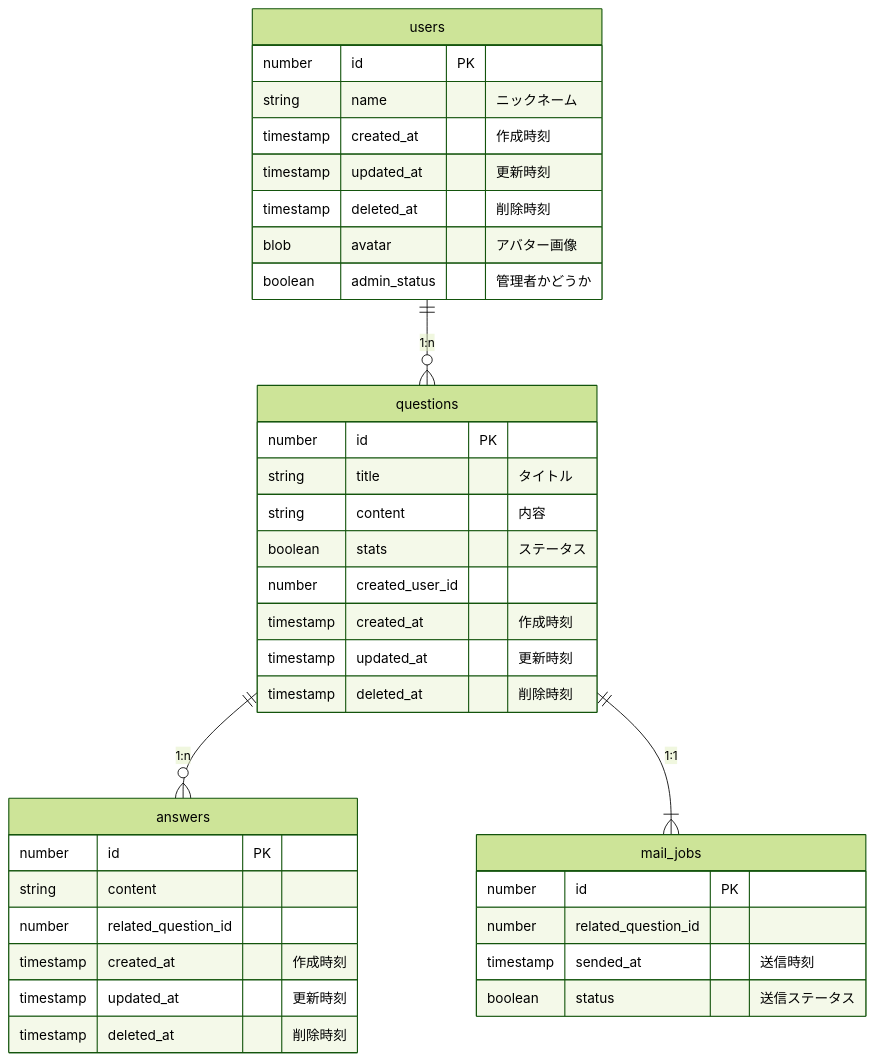
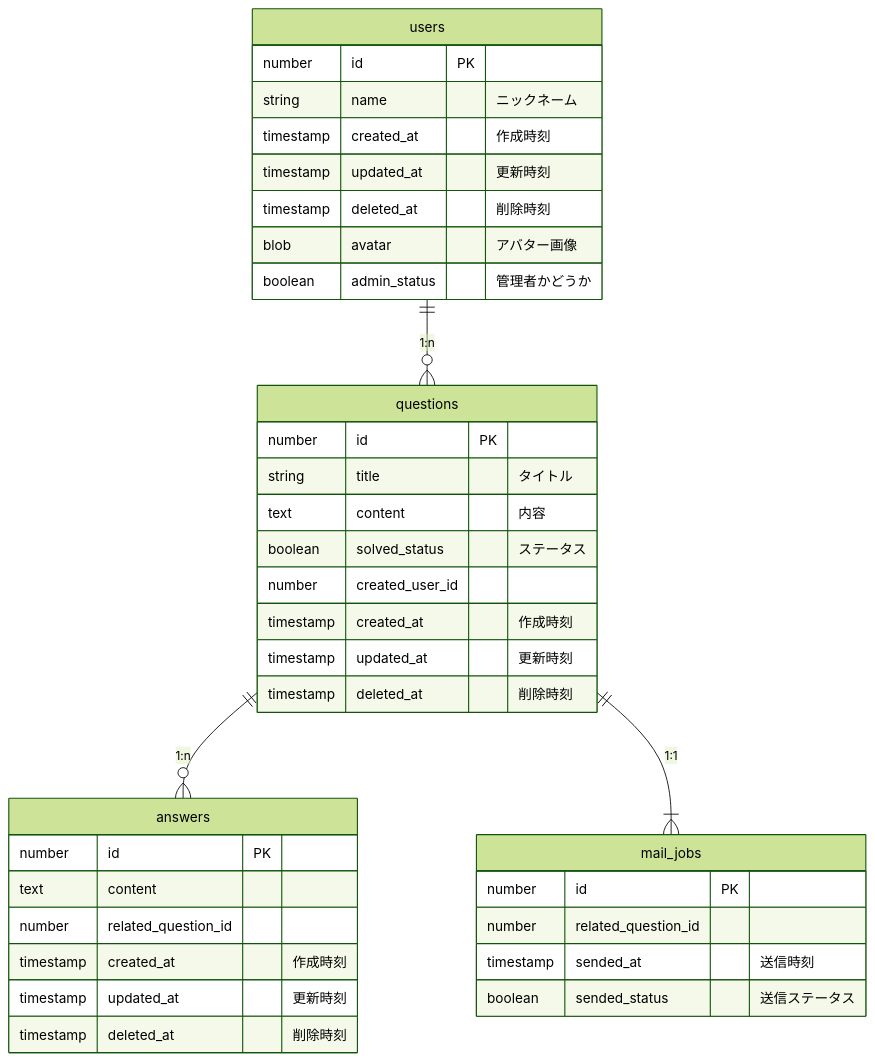
Before and after one commit to DaichiSaito/rails_practice_for_beginner_template: the diagram in README.md, drawn with Mermaid (forest theme).

Commit message:
📝 型とtypoを修正

````diff
--- a/README.md
+++ b/README.md
@@ -19,45 +19,45 @@
 ```mermaid
 erDiagram
 users ||--o{ questions: "1:n"
 questions ||--o{ answers: "1:n"
 questions ||--|{ mail_jobs: "1:1"
 
 users {
   number id PK
   string name "ニックネーム"
   timestamp created_at "作成時刻"
   timestamp updated_at "更新時刻"
   timestamp deleted_at "削除時刻"
   blob avatar "アバター画像"
   boolean admin_status "管理者かどうか"
 }
 
 questions{
   number id PK
   string title "タイトル"
-  string content "内容"
-  boolean stats "ステータス"
+  text content "内容"
+  boolean solved_status "ステータス"
   number created_user_id
   timestamp created_at "作成時刻"
   timestamp updated_at "更新時刻"
   timestamp deleted_at "削除時刻"
 }
 
 answers{
   number id PK
-  string content
+  text content
   number related_question_id
   timestamp created_at "作成時刻"
   timestamp updated_at "更新時刻"
   timestamp deleted_at "削除時刻"
 }
 
 mail_jobs{
   number id PK
   number related_question_id
   timestamp sended_at "送信時刻"
-  boolean status "送信ステータス"
+  boolean sended_status "送信ステータス"
 }
 
 
 ```
````
